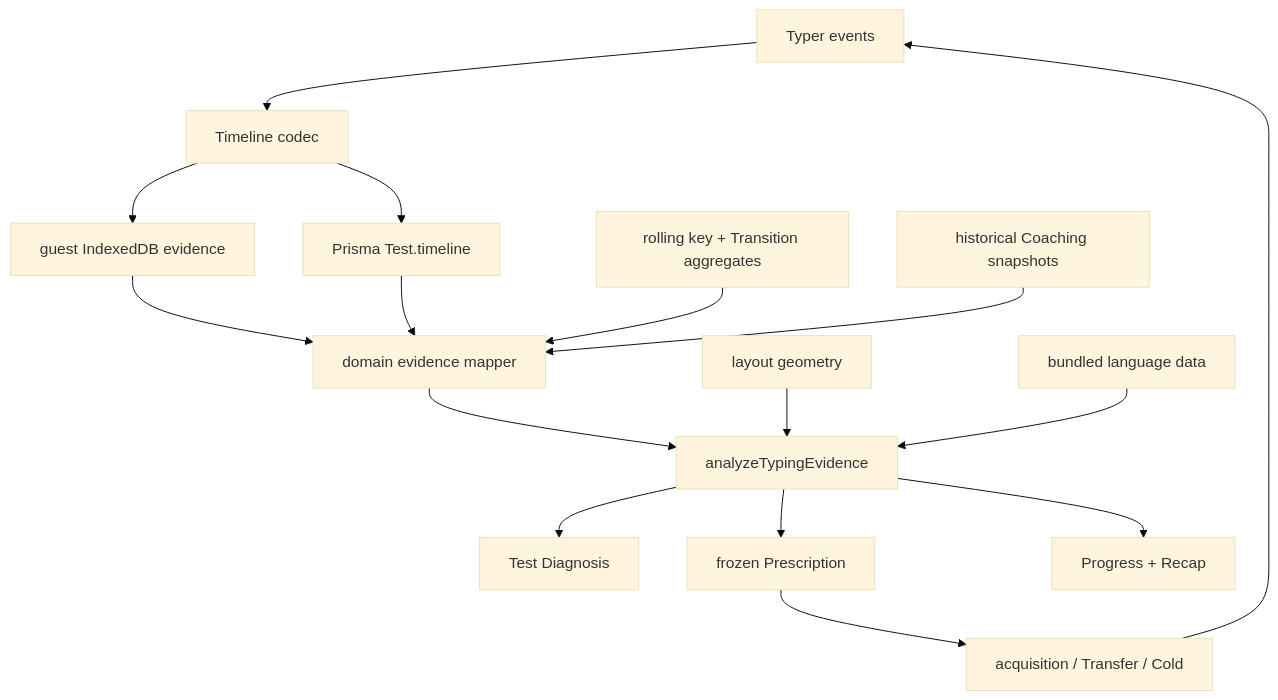
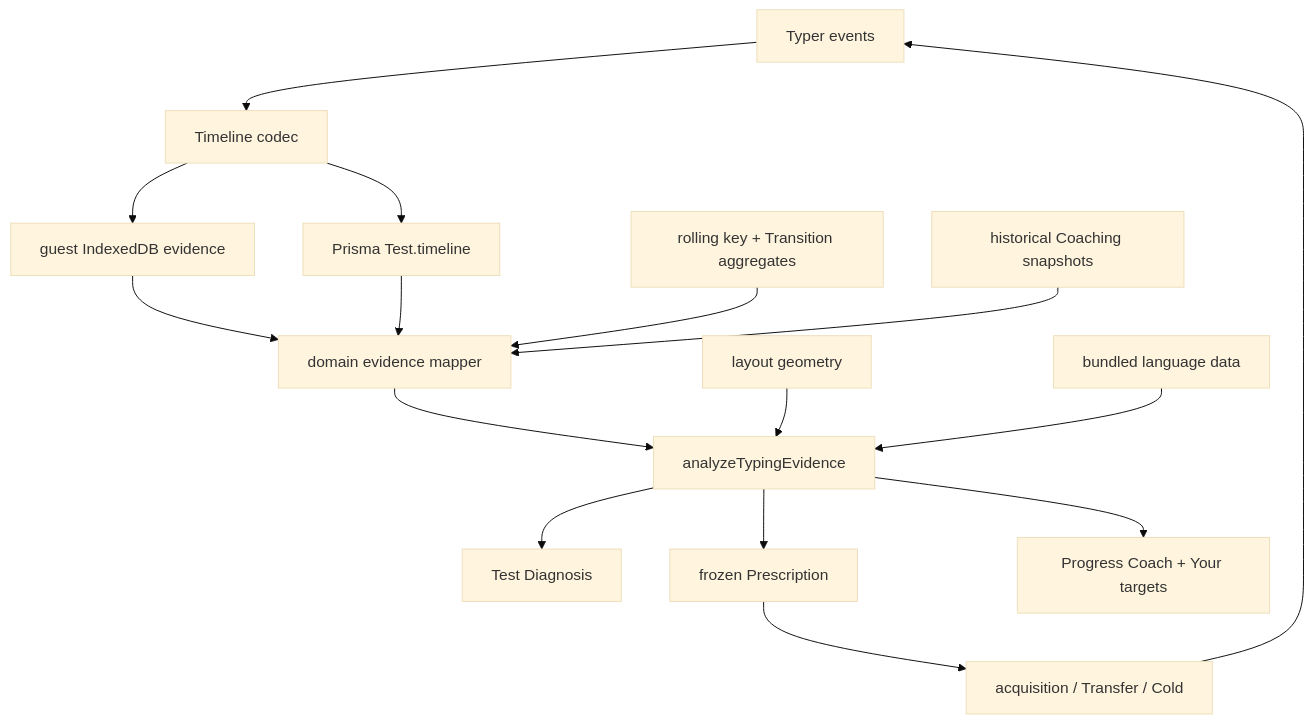
The diagram in docs/features/adaptive-skill-coaching.md (SlaterRGordon/typecafe), drawn with Mermaid (base theme) before and after one commit. The commit also changed other lines of this file and 11 other files, not shown here.

First line of the commit message:
feat(progress): merge detected and coached targets

````diff
--- a/docs/features/adaptive-skill-coaching.md
+++ b/docs/features/adaptive-skill-coaching.md
@@ -338,18 +338,18 @@
 ```mermaid
 flowchart TD
     Typer["Typer events"] --> Codec["Timeline codec"]
     Codec --> Guest["guest IndexedDB evidence"]
     Codec --> DB["Prisma Test.timeline"]
     Guest --> Normalize["domain evidence mapper"]
     DB --> Normalize
     Agg["rolling key + Transition aggregates"] --> Normalize
     Sessions["historical Coaching snapshots"] --> Normalize
     Normalize --> Analysis["analyzeTypingEvidence"]
     Geometry["layout geometry"] --> Analysis
     Corpus["bundled language data"] --> Analysis
     Analysis --> Diagnosis["Test Diagnosis"]
     Analysis --> Coach["frozen Prescription"]
-    Analysis --> Progress["Progress + Recap"]
+    Analysis --> Progress["Progress Coach + Your targets"]
     Coach --> Drill["acquisition / Transfer / Cold"]
     Drill --> Typer
 ```
````
